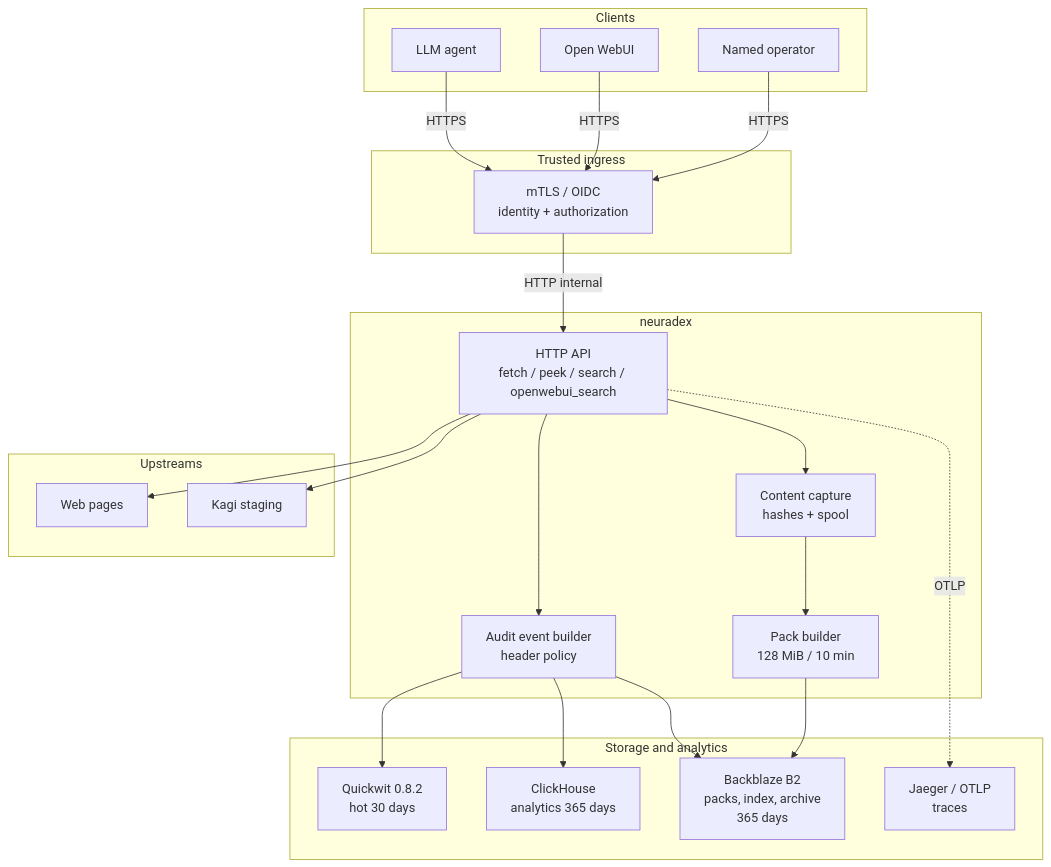
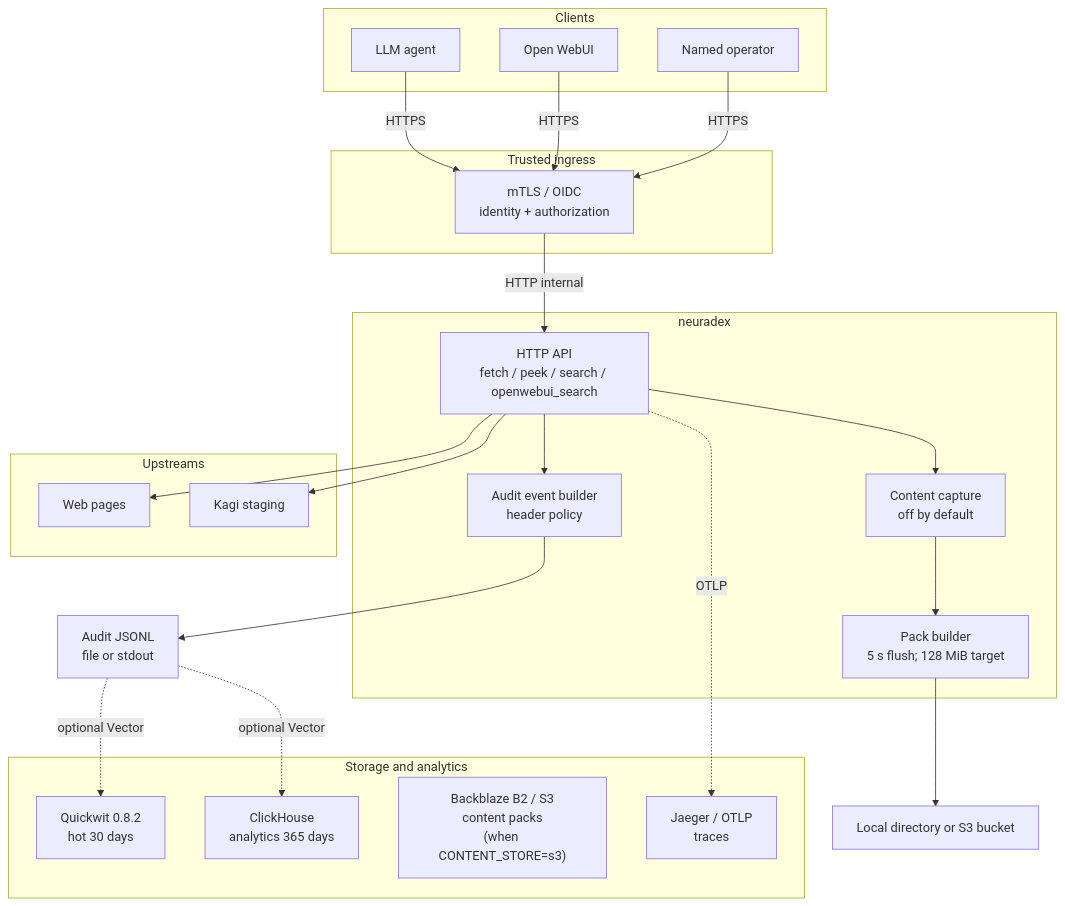
The first of 2 diagrams in docs/architecture/overview.md (mkroman/neuradex), drawn with Mermaid before and after one commit. The commit also changed other lines of this file and 22 other files, not shown here.

````diff
--- a/docs/architecture/overview.md
+++ b/docs/architecture/overview.md
@@ -8,46 +10,46 @@
 ```mermaid
 flowchart TB
     subgraph Clients
         Agent["LLM agent"]
         OWUI["Open WebUI"]
         Human["Named operator"]
     end
 
     subgraph Edge["Trusted ingress"]
         Ingress["mTLS / OIDC<br/>identity + authorization"]
     end
 
     subgraph Service["neuradex"]
         API["HTTP API<br/>fetch / peek / search / openwebui_search"]
         Audit["Audit event builder<br/>header policy"]
-        Capture["Content capture<br/>hashes + spool"]
-        Packer["Pack builder<br/>128 MiB / 10 min"]
+        Capture["Content capture<br/>off by default"]
+        Packer["Pack builder<br/>5 s flush; 128 MiB target"]
     end
 
     subgraph Upstream["Upstreams"]
         Web["Web pages"]
         Kagi["Kagi staging"]
     end
 
     subgraph Stores["Storage and analytics"]
         QW["Quickwit 0.8.2<br/>hot 30 days"]
         CH["ClickHouse<br/>analytics 365 days"]
-        B2["Backblaze B2<br/>packs, index, archive<br/>365 days"]
+        B2["Backblaze B2 / S3<br/>content packs<br/>(when CONTENT_STORE=s3)"]
         Jaeger["Jaeger / OTLP<br/>traces"]
     end
 
     Agent -->|HTTPS| Ingress
     OWUI -->|HTTPS| Ingress
     Human -->|HTTPS| Ingress
     Ingress -->|HTTP internal| API
     API --> Web
     API --> Kagi
     API --> Audit
     API --> Capture
     Capture --> Packer
-    Audit --> QW
-    Audit --> CH
-    Audit --> B2
-    Packer --> B2
+    Audit --> JSONL["Audit JSONL<br/>file or stdout"]
+    JSONL -. optional Vector .-> QW
+    JSONL -. optional Vector .-> CH
+    Packer --> Store["Local directory or S3 bucket"]
     API -.->|OTLP| Jaeger
 ```
````
